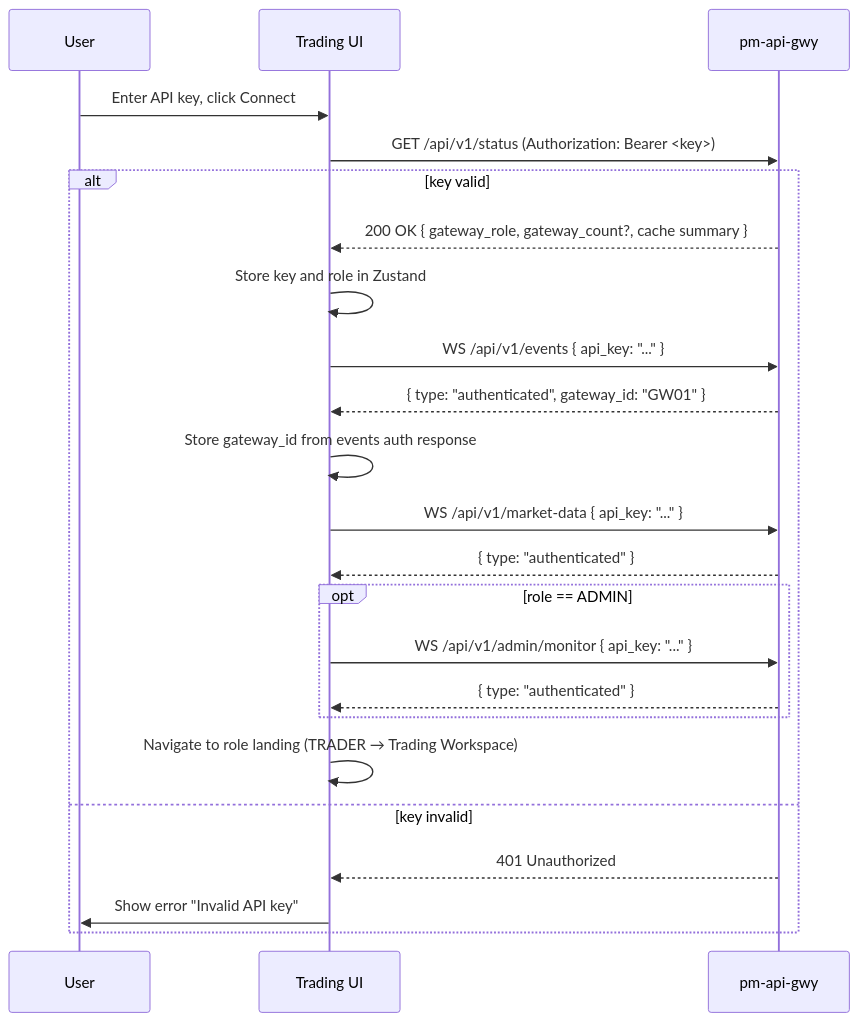
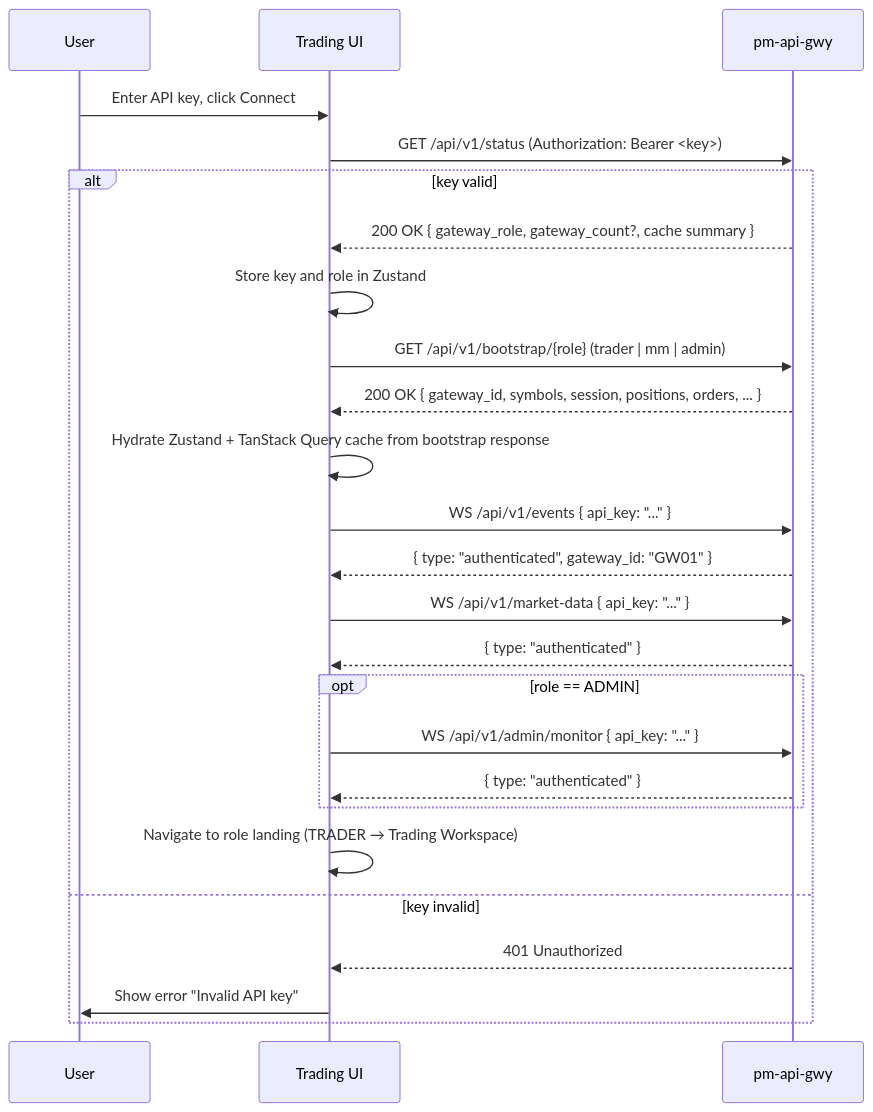
The second of 3 diagrams in docs-design/EduMatcher-Trading-GUI.md (johan162/EduMatcher), drawn with Mermaid before and after one commit. The commit also changed other lines of this file, not shown here.

````diff
--- a/docs-design/EduMatcher-Trading-GUI.md
+++ b/docs-design/EduMatcher-Trading-GUI.md
@@ -1040,26 +919,28 @@
 ```mermaid
 sequenceDiagram
     participant U as User
     participant UI as Trading UI
     participant GW as pm-api-gwy
 
     U->>UI: Enter API key, click Connect
     UI->>GW: GET /api/v1/status (Authorization: Bearer <key>)
     alt key valid
         GW-->>UI: 200 OK { gateway_role, gateway_count?, cache summary }
         UI->>UI: Store key and role in Zustand
+        UI->>GW: GET /api/v1/bootstrap/{role}  (trader | mm | admin)
+        GW-->>UI: 200 OK { gateway_id, symbols, session, positions, orders, ... }
+        UI->>UI: Hydrate Zustand + TanStack Query cache from bootstrap response
         UI->>GW: WS /api/v1/events  { api_key: "..." }
         GW-->>UI: { type: "authenticated", gateway_id: "GW01" }
-        UI->>UI: Store gateway_id from events auth response
         UI->>GW: WS /api/v1/market-data  { api_key: "..." }
         GW-->>UI: { type: "authenticated" }
         opt role == ADMIN
             UI->>GW: WS /api/v1/admin/monitor  { api_key: "..." }
             GW-->>UI: { type: "authenticated" }
         end
         UI->>UI: Navigate to role landing (TRADER → Trading Workspace)
     else key invalid
         GW-->>UI: 401 Unauthorized
         UI->>U: Show error "Invalid API key"
     end
 ```
````
